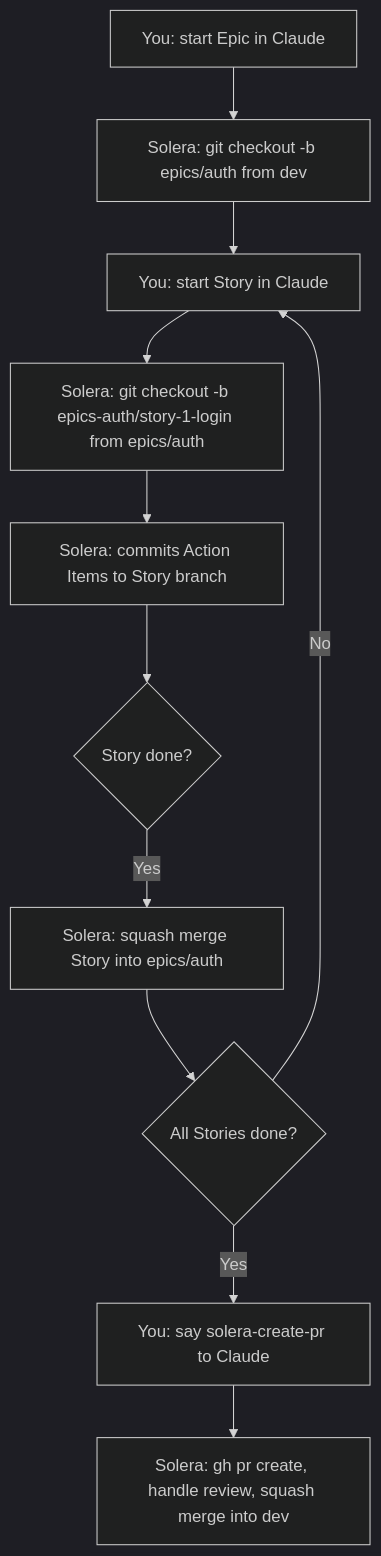
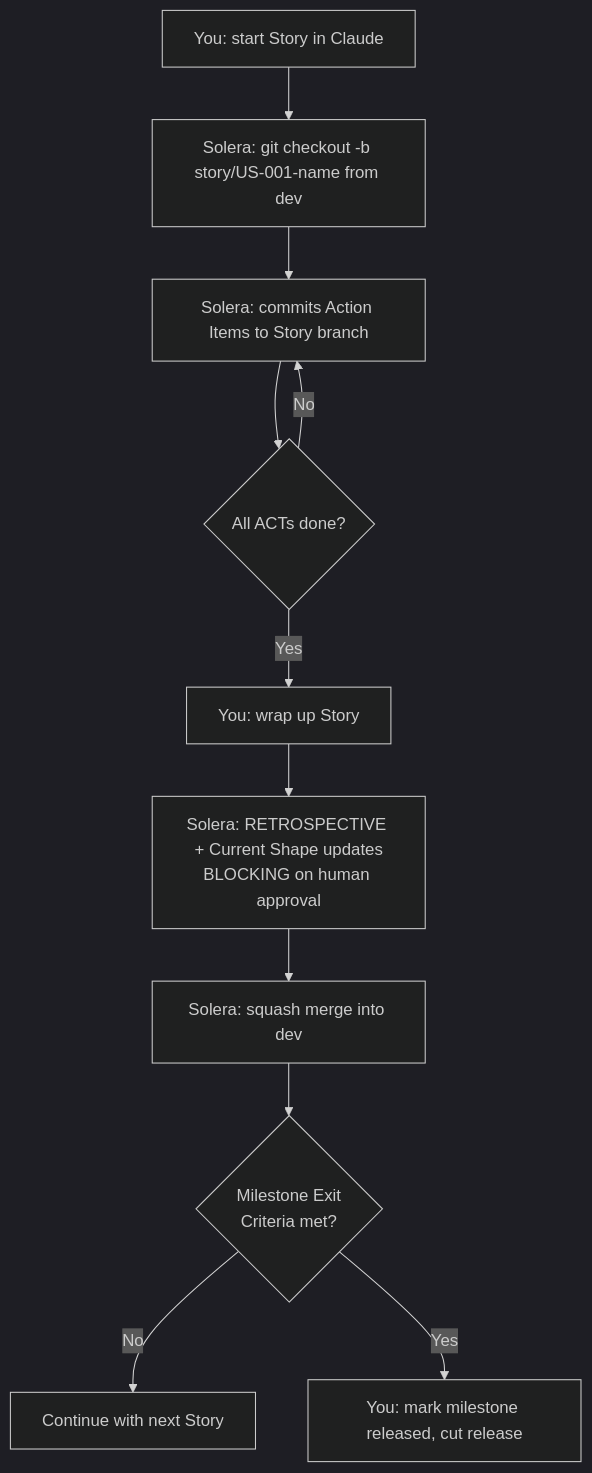
Before and after one commit to noory-code/noory-ai: the diagram in solera/docs/team-workflow.md, drawn with Mermaid (dark theme). The commit also changed other lines of this file and 73 other files, not shown here.

````diff
--- a/solera/docs/team-workflow.md
+++ b/solera/docs/team-workflow.md
@@ -35,13 +38,13 @@
 ```mermaid
 flowchart TD
-    A[You: start Epic in Claude] --> B[Solera: git checkout -b epics/auth from dev]
-    B --> C[You: start Story in Claude]
-    C --> D[Solera: git checkout -b epics-auth/story-1-login from epics/auth]
-    D --> E[Solera: commits Action Items to Story branch]
-    E --> F{Story done?}
-    F -->|Yes| G[Solera: squash merge Story into epics/auth]
-    G --> H{All Stories done?}
-    H -->|No| C
-    H -->|Yes| I[You: say solera-create-pr to Claude]
-    I --> J[Solera: gh pr create, handle review, squash merge into dev]
+    A[You: start Story in Claude] --> B[Solera: git checkout -b story/US-001-name from dev]
+    B --> C[Solera: commits Action Items to Story branch]
+    C --> D{All ACTs done?}
+    D -->|No| C
+    D -->|Yes| E[You: wrap up Story]
+    E --> F[Solera: RETROSPECTIVE + Current Shape updates<br/>BLOCKING on human approval]
+    F --> G[Solera: squash merge into dev]
+    G --> H{Milestone Exit<br/>Criteria met?}
+    H -->|No| I[Continue with next Story]
+    H -->|Yes| J[You: mark milestone released, cut release]
 ```
````
